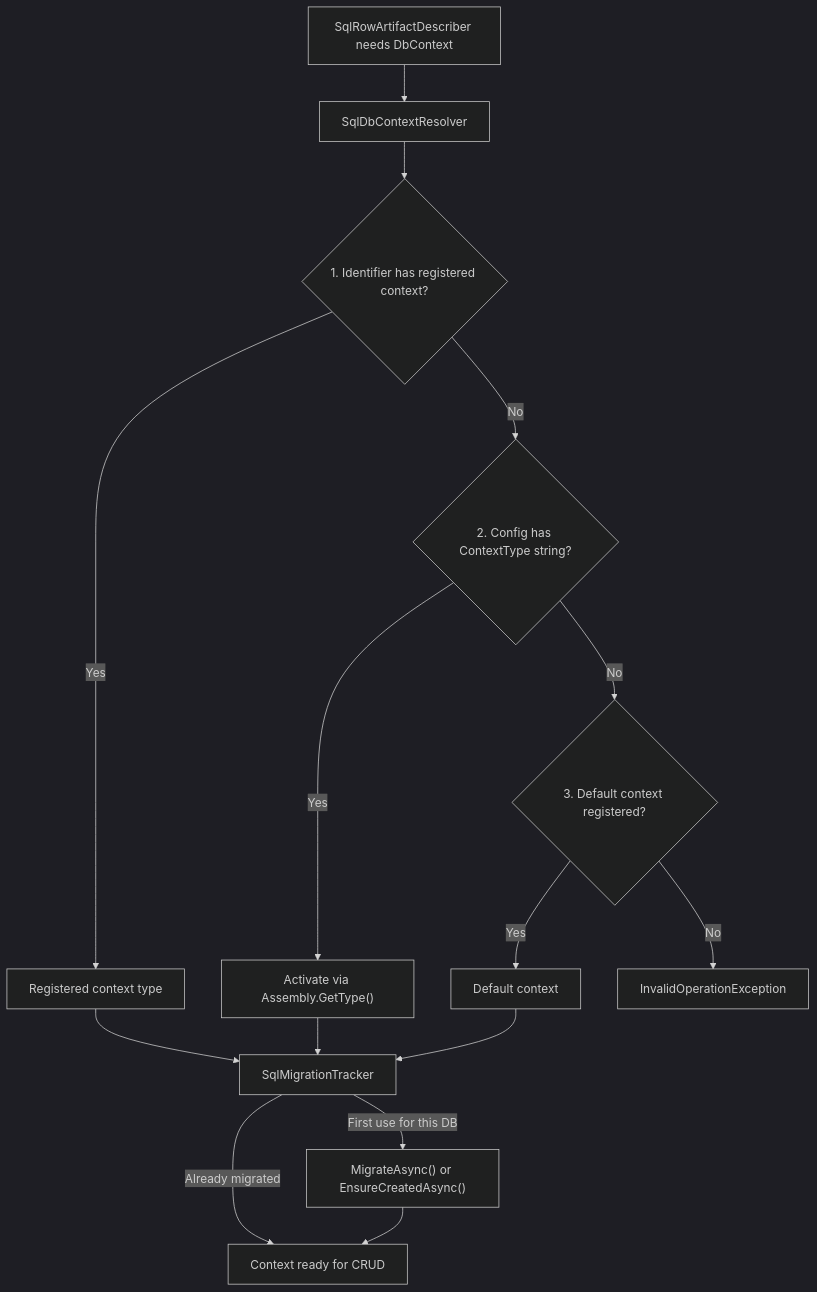
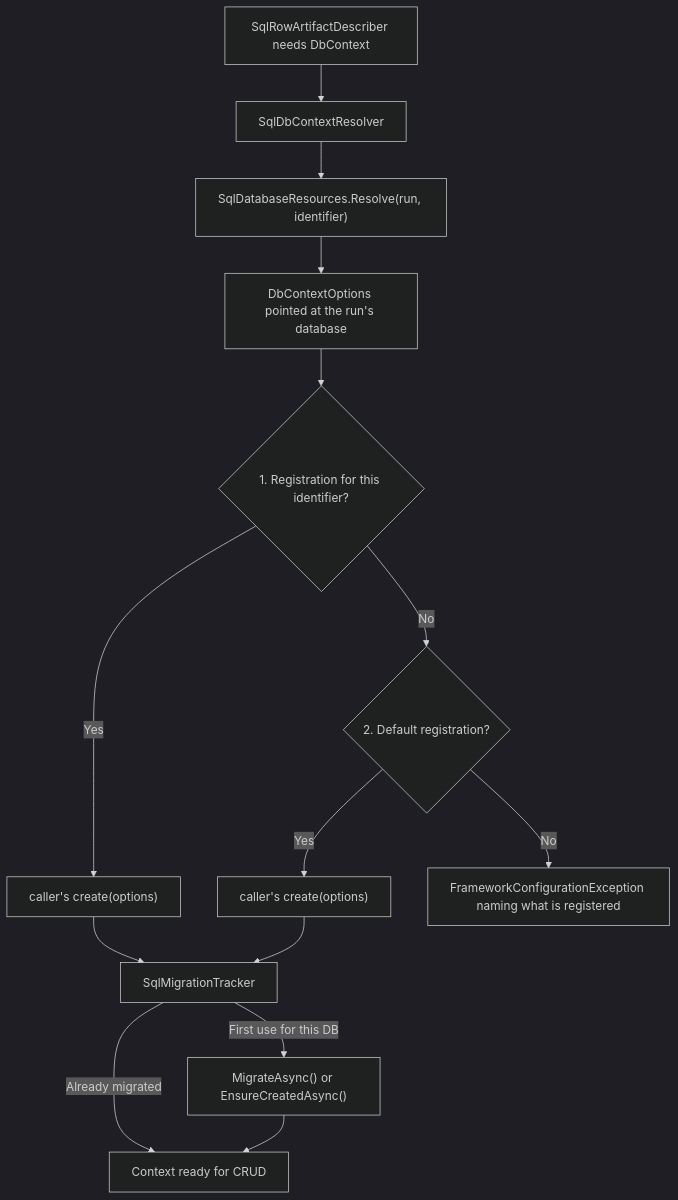
Before and after one commit to DeadMoon0/TestFramework-Azure: the ninth of 17 diagrams in Documentation/Arc42.md, drawn with Mermaid (dark theme). The commit also changed other lines of this file and 33 other files, not shown here.

Commit message:
Make a client factory demand a resolved record, build a DbContext aimed at the run's database, and list the registered identifiers as options

````diff
--- a/Documentation/Arc42.md
+++ b/Documentation/Arc42.md
@@ -396,17 +396,16 @@
 ```mermaid
 graph TD
     REQ["SqlRowArtifactDescriber needs DbContext"] --> RES[SqlDbContextResolver]
-    RES --> T1{"1. Identifier has registered context?"}
-    T1 -->|Yes| CTX1[Registered context type]
-    T1 -->|No| T2{"2. Config has ContextType string?"}
-    T2 -->|Yes| CTX2["Activate via Assembly.GetType()"]
-    T2 -->|No| T3{"3. Default context registered?"}
-    T3 -->|Yes| CTX3[Default context]
-    T3 -->|No| ERR[InvalidOperationException]
+    RES --> COORD["SqlDatabaseResources.Resolve(run, identifier)"]
+    COORD --> OPTS["DbContextOptions pointed at the run's database"]
+    OPTS --> T1{"1. Registration for this identifier?"}
+    T1 -->|Yes| CTX1["caller's create(options)"]
+    T1 -->|No| T3{"2. Default registration?"}
+    T3 -->|Yes| CTX3["caller's create(options)"]
+    T3 -->|No| ERR[FrameworkConfigurationException naming what is registered]
     CTX1 --> MIG[SqlMigrationTracker]
-    CTX2 --> MIG
     CTX3 --> MIG
     MIG -->|First use for this DB| MIGRATE["MigrateAsync() or EnsureCreatedAsync()"]
     MIG -->|Already migrated| READY[Context ready for CRUD]
     MIGRATE --> READY
 ```
````
